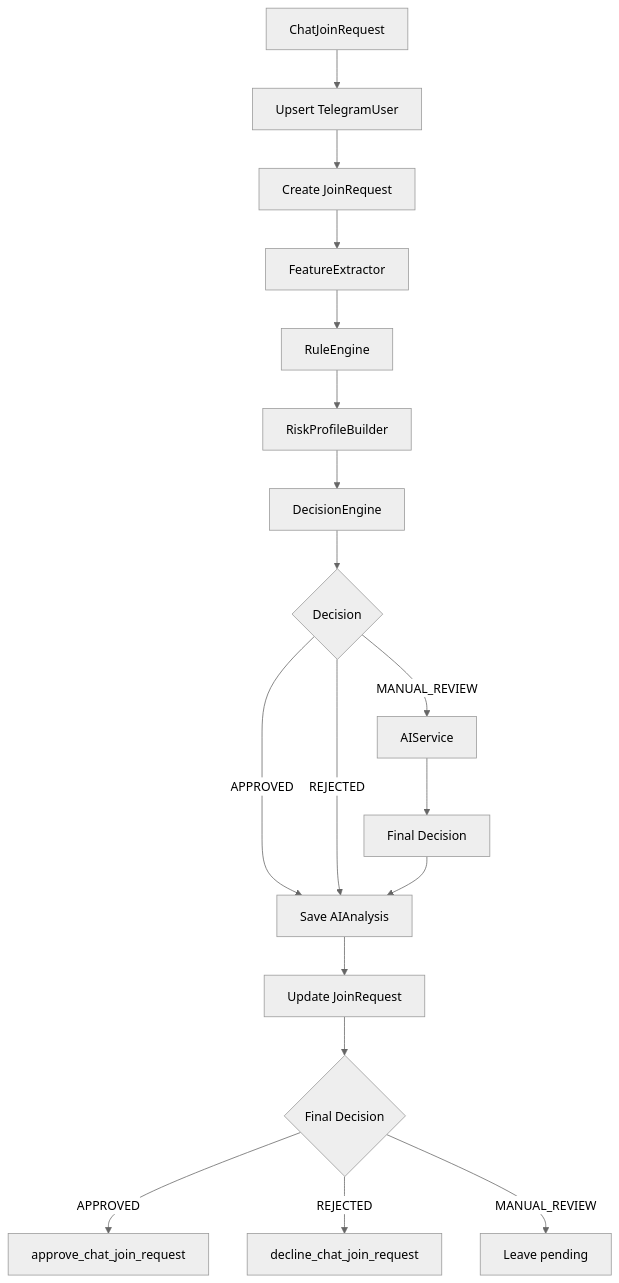
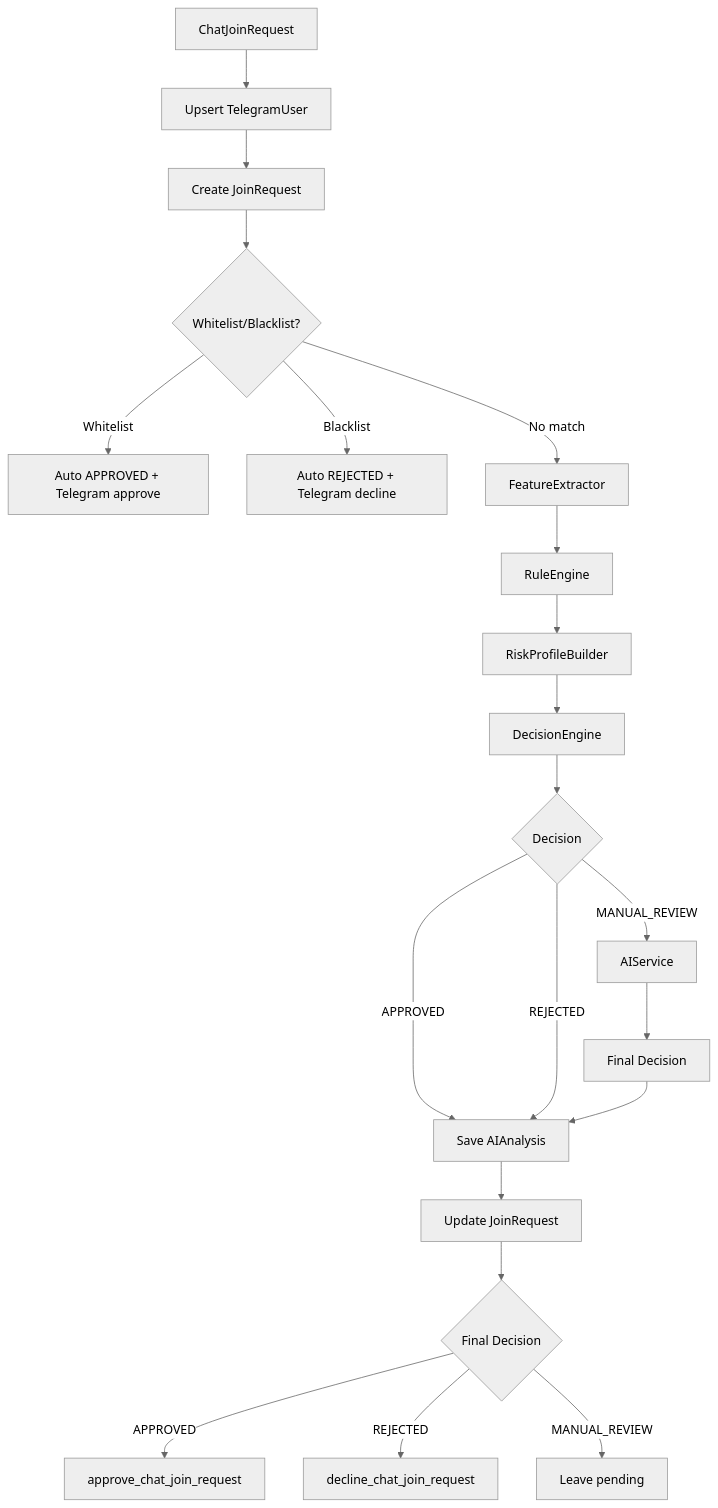
Before and after one commit to Nikigo1983/BotHunter-AI: the diagram in docs/join_request_processing.md, drawn with Mermaid (neutral theme). The commit also changed other lines of this file and 47 other files, not shown here.

````diff
--- a/docs/join_request_processing.md
+++ b/docs/join_request_processing.md
@@ -13,39 +7,23 @@
 ```mermaid
-
 flowchart TD
-
     A[ChatJoinRequest] --> B[Upsert TelegramUser]
-
     B --> C[Create JoinRequest]
-
-    C --> D[FeatureExtractor]
-
+    C --> W{Whitelist/Blacklist?}
+    W -->|Whitelist| WA[Auto APPROVED + Telegram approve]
+    W -->|Blacklist| BL[Auto REJECTED + Telegram decline]
+    W -->|No match| D[FeatureExtractor]
     D --> E[RuleEngine]
-
     E --> F[RiskProfileBuilder]
-
     F --> G[DecisionEngine]
-
     G --> H{Decision}
-
     H -->|APPROVED| I[Save AIAnalysis]
-
     H -->|REJECTED| I
-
     H -->|MANUAL_REVIEW| J[AIService]
-
     J --> K[Final Decision]
-
     K --> I
-
     I --> L[Update JoinRequest]
-
     L --> M{Final Decision}
-
     M -->|APPROVED| N[approve_chat_join_request]
-
     M -->|REJECTED| O[decline_chat_join_request]
-
     M -->|MANUAL_REVIEW| P[Leave pending]
-
 ```
````
